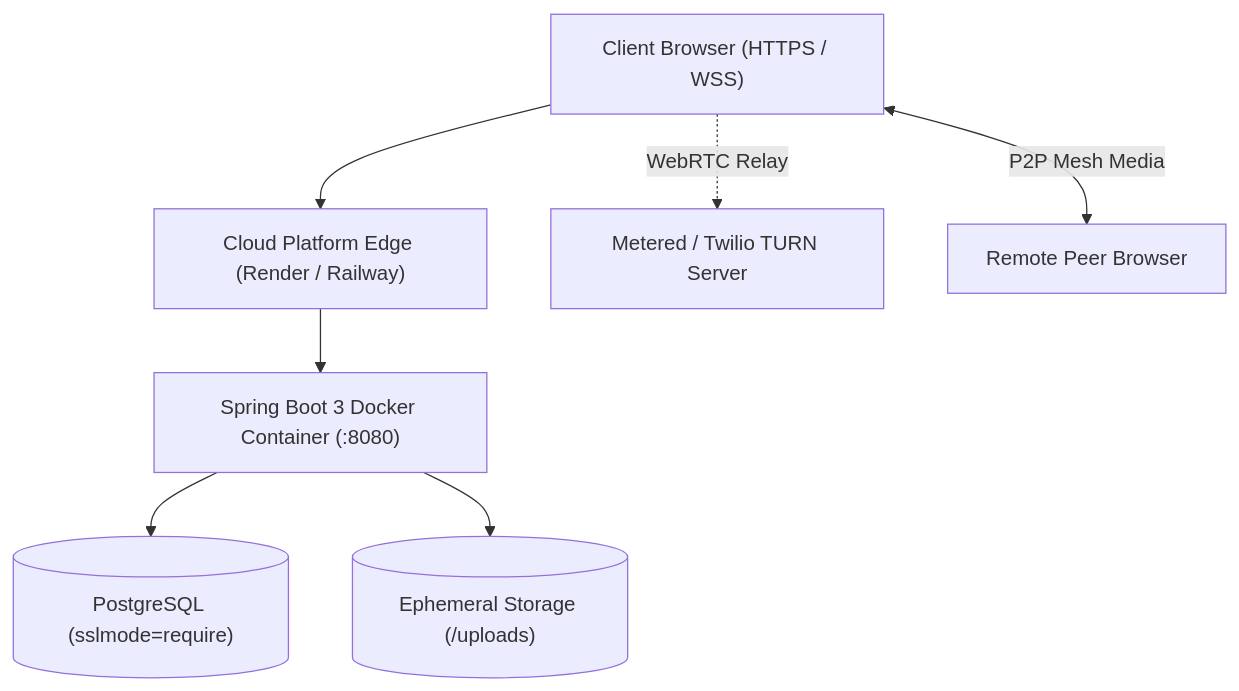
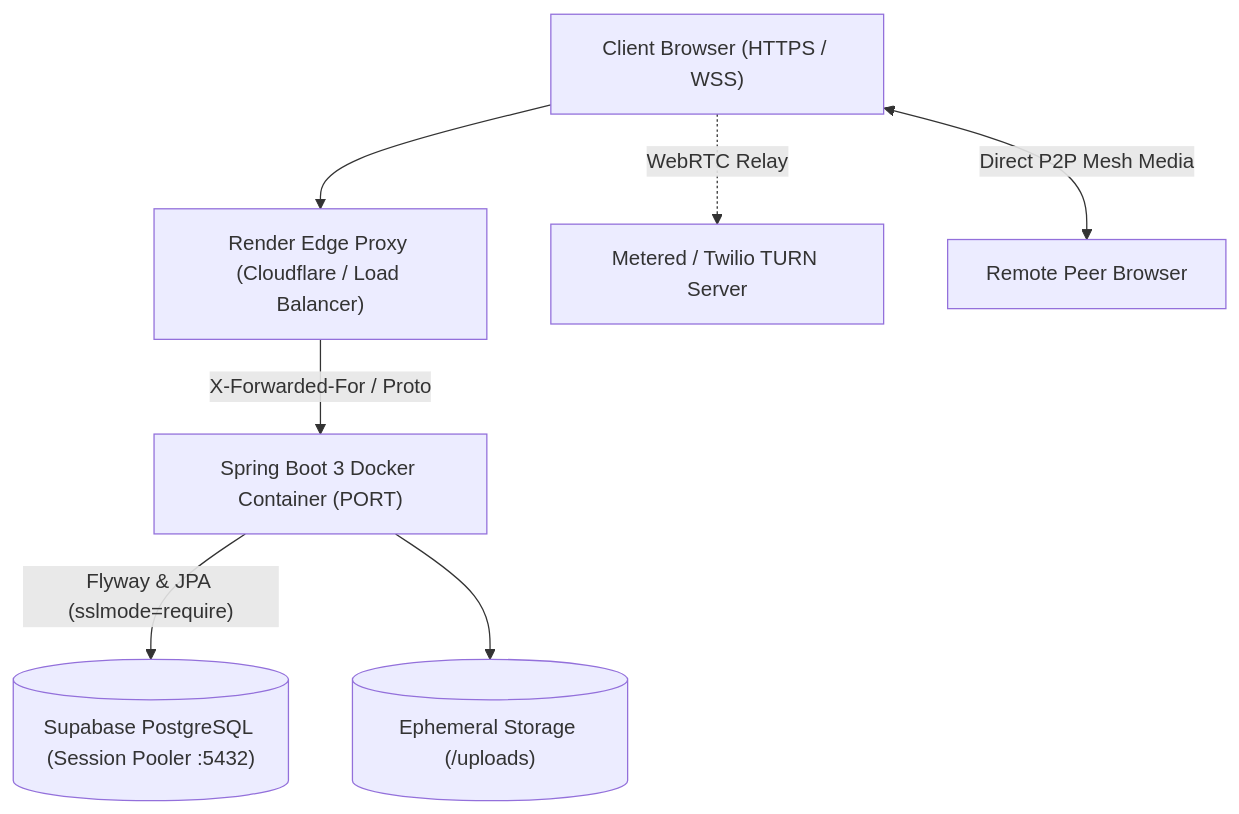
Before and after one commit to Mohitkumar7295/Real-Time-Communication-App: the diagram in docs/DEPLOYMENT.md, drawn with Mermaid. The commit also changed other lines of this file and 133 other files, not shown here.

````diff
--- a/docs/DEPLOYMENT.md
+++ b/docs/DEPLOYMENT.md
@@ -6,9 +6,9 @@
 ```mermaid
 graph TD
-    Client["Client Browser (HTTPS / WSS)"] --> CDN["Cloud Platform Edge (Render / Railway)"]
-    CDN --> Container["Spring Boot 3 Docker Container (:8080)"]
-    Container --> DB[("PostgreSQL (sslmode=require)")]
+    Client["Client Browser (HTTPS / WSS)"] --> Cloudflare["Render Edge Proxy (Cloudflare / Load Balancer)"]
+    Cloudflare -->|"X-Forwarded-For / Proto"| Container["Spring Boot 3 Docker Container (PORT)"]
+    Container -->|"Flyway & JPA (sslmode=require)"| Supabase[("Supabase PostgreSQL (Session Pooler :5432)")]
     Container --> LocalDisk[("Ephemeral Storage (/uploads)")]
     Client -.->|"WebRTC Relay"| TurnServer["Metered / Twilio TURN Server"]
-    Client <-->|"P2P Mesh Media"| PeerClient["Remote Peer Browser"]
+    Client <-->|"Direct P2P Mesh Media"| PeerClient["Remote Peer Browser"]
 ```
````
